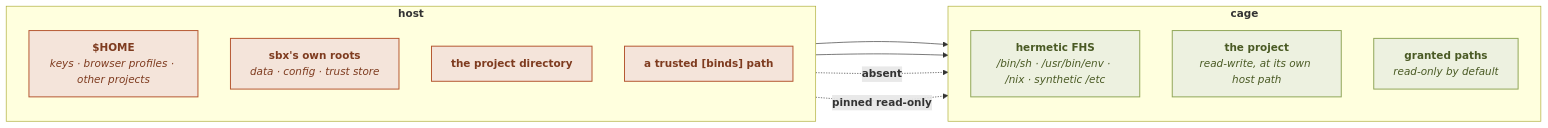
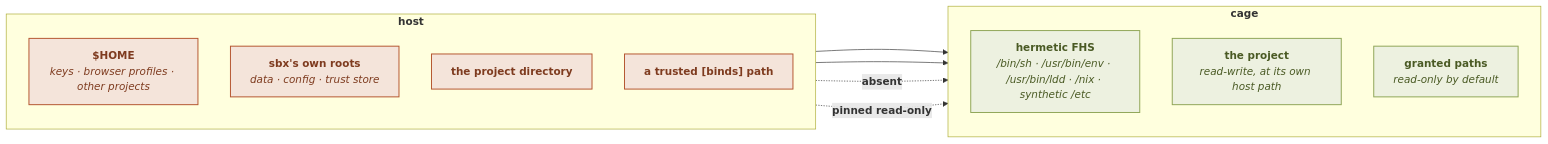
One commit to gigi206/ops-cli changed the diagram in docs-site/docs/guide/concepts/security-model.md. Above: the diagram before and after it, drawn with Mermaid. The commit also changed other lines of this file and 6 other files, not shown here.

First line of the commit message:
feat(fhs): the cage synthesises `/usr/bin/ldd`, beside `/bin/sh` and `/usr/bin/env`

````diff
--- a/docs-site/docs/guide/concepts/security-model.md
+++ b/docs-site/docs/guide/concepts/security-model.md
@@ -77,27 +77,27 @@
 ```mermaid
 flowchart LR
     subgraph host["<b>host</b>"]
         direction TB
         HOME["<b>$HOME</b><br/><i>keys · browser profiles · other projects</i>"]
         CP["<b>sbx's own roots</b><br/><i>data · config · trust store</i>"]
         PROJ["<b>the project directory</b>"]
         GRANT["<b>a trusted [binds] path</b>"]
     end
 
     subgraph cage["<b>cage</b>"]
         direction TB
-        FHS["<b>hermetic FHS</b><br/><i>/bin/sh · /usr/bin/env · /nix · synthetic /etc</i>"]
+        FHS["<b>hermetic FHS</b><br/><i>/bin/sh · /usr/bin/env · /usr/bin/ldd · /nix · synthetic /etc</i>"]
         CWD["<b>the project</b><br/><i>read-write, at its own host path</i>"]
         RO["<b>granted paths</b><br/><i>read-only by default</i>"]
     end
 
     PROJ --> CWD
     GRANT --> RO
     HOME -. "<b>absent</b>" .-> cage
     CP -. "<b>pinned read-only</b>" .-> cage
 
     classDef hs fill:#F4E4DA,stroke:#B4552F,stroke-width:1.5px,color:#7E3B1F
     classDef cs fill:#EDF1E0,stroke:#8FA557,stroke-width:1.5px,color:#4A5A24
     class HOME,CP,PROJ,GRANT hs
     class FHS,CWD,RO cs
 ```
````
